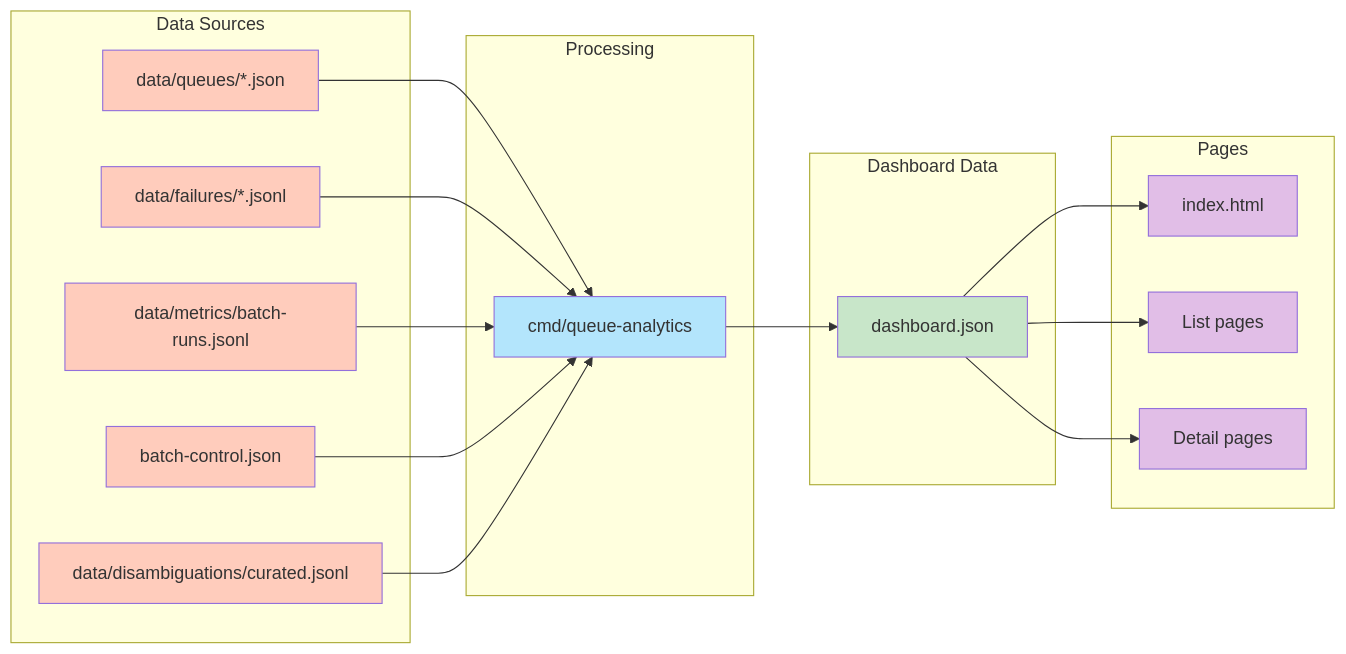
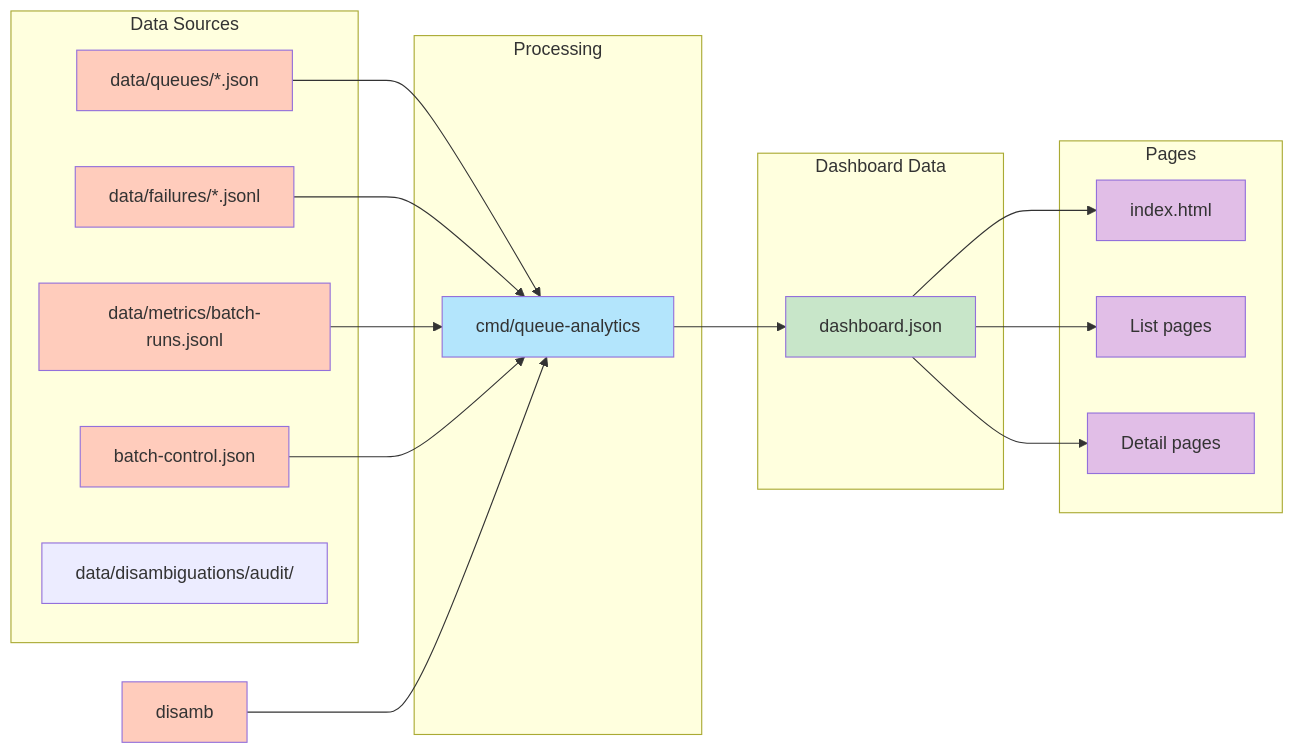
One commit to tsukumogami/tsuku changed the second of 3 diagrams in docs/designs/DESIGN-pipeline-dashboard.md. Above: the diagram before and after it, drawn with Mermaid. The commit also changed other lines of this file, not shown here.

````diff
--- a/docs/designs/DESIGN-pipeline-dashboard.md
+++ b/docs/designs/DESIGN-pipeline-dashboard.md
@@ -642,46 +652,46 @@
 ```mermaid
 flowchart LR
     subgraph Sources["Data Sources"]
         queue[data/queues/*.json]
         fails[data/failures/*.jsonl]
         metrics[data/metrics/batch-runs.jsonl]
         control[batch-control.json]
-        disamb[data/disambiguations/curated.jsonl]
+        audit[data/disambiguations/audit/]
     end
 
     subgraph Processing["Processing"]
         analytics[cmd/queue-analytics]
     end
 
     subgraph Output["Dashboard Data"]
         json[dashboard.json]
     end
 
     subgraph Pages["Pages"]
         index[index.html]
         lists[List pages]
         details[Detail pages]
     end
 
     queue --> analytics
     fails --> analytics
     metrics --> analytics
     control --> analytics
     disamb --> analytics
 
     analytics --> json
 
     json --> index
     json --> lists
     json --> details
 
     classDef source fill:#ffccbc
     classDef proc fill:#b3e5fc
     classDef output fill:#c8e6c9
     classDef page fill:#e1bee7
 
     class queue,fails,metrics,control,disamb source
     class analytics proc
     class json output
     class index,lists,details page
 ```
````
